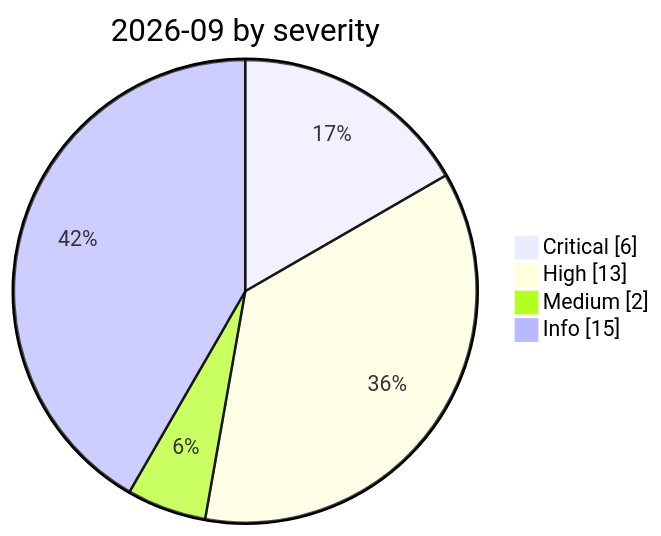
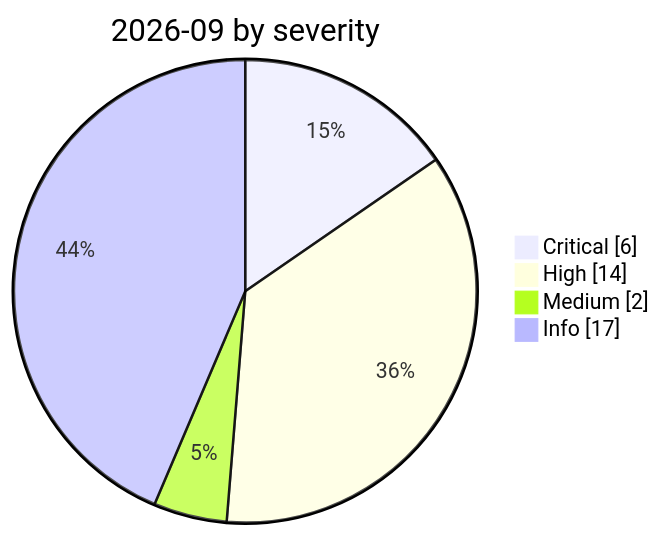
The diagram in incidents/2026-09/README.md (Continuum-AI-Corp/Orca-AI-Incident-Archive), drawn with Mermaid before and after one commit. The commit also changed other lines of this file and 38 other files, not shown here.

First line of the commit message:
Add five records from the 21 September re-check, and fix two broken mermaid diagrams

````diff
--- a/incidents/2026-09/README.md
+++ b/incidents/2026-09/README.md
@@ -8,8 +8,8 @@
 ```mermaid
 pie showData
     title 2026-09 by severity
     "Critical" : 6
-    "High" : 13
+    "High" : 14
     "Medium" : 2
-    "Info" : 15
+    "Info" : 17
 ```
````
